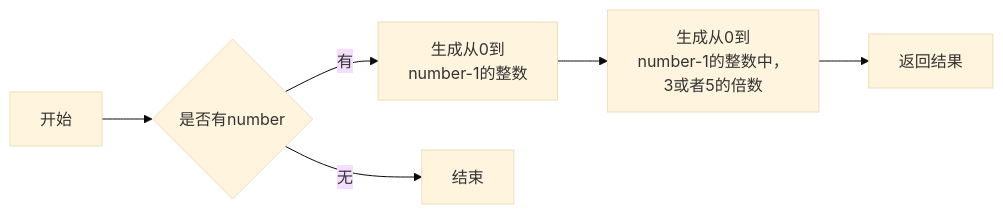
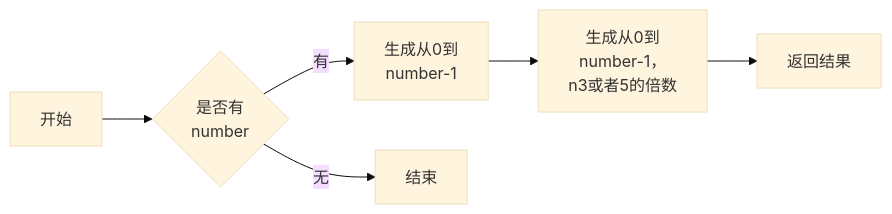
One commit to shixiaoxiya/py_course_zly_ changed the second of 6 diagrams in Experiments/experiment3.md. Above: the diagram before and after it, drawn with Mermaid (base theme). The commit also changed other lines of this file, not shown here.

````diff
--- a/Experiments/experiment3.md
+++ b/Experiments/experiment3.md
@@ -1255,8 +1255,8 @@
 ```mermaid
 graph LR
-A[开始] --> B{是否有number}
-B --> |有| C[生成从0到\nnumber-1的整数]
-C --> D[生成从0到\nnumber-1的整数中，\n3或者5的倍数]
+A[开始] --> B{是否有\nnumber}
+B --> |有| C[生成从0到\nnumber-1]
+C --> D[生成从0到\nnumber-1，\nn3或者5的倍数]
 D --> E[返回结果]
 B --> |无| F[结束]
 ```
````
